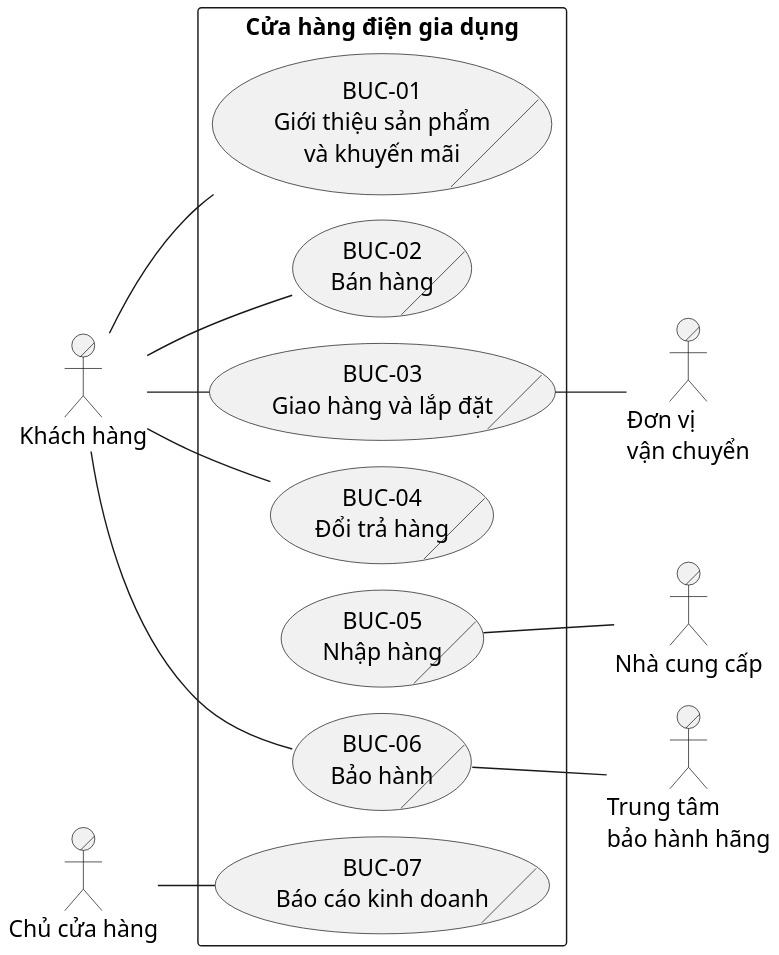
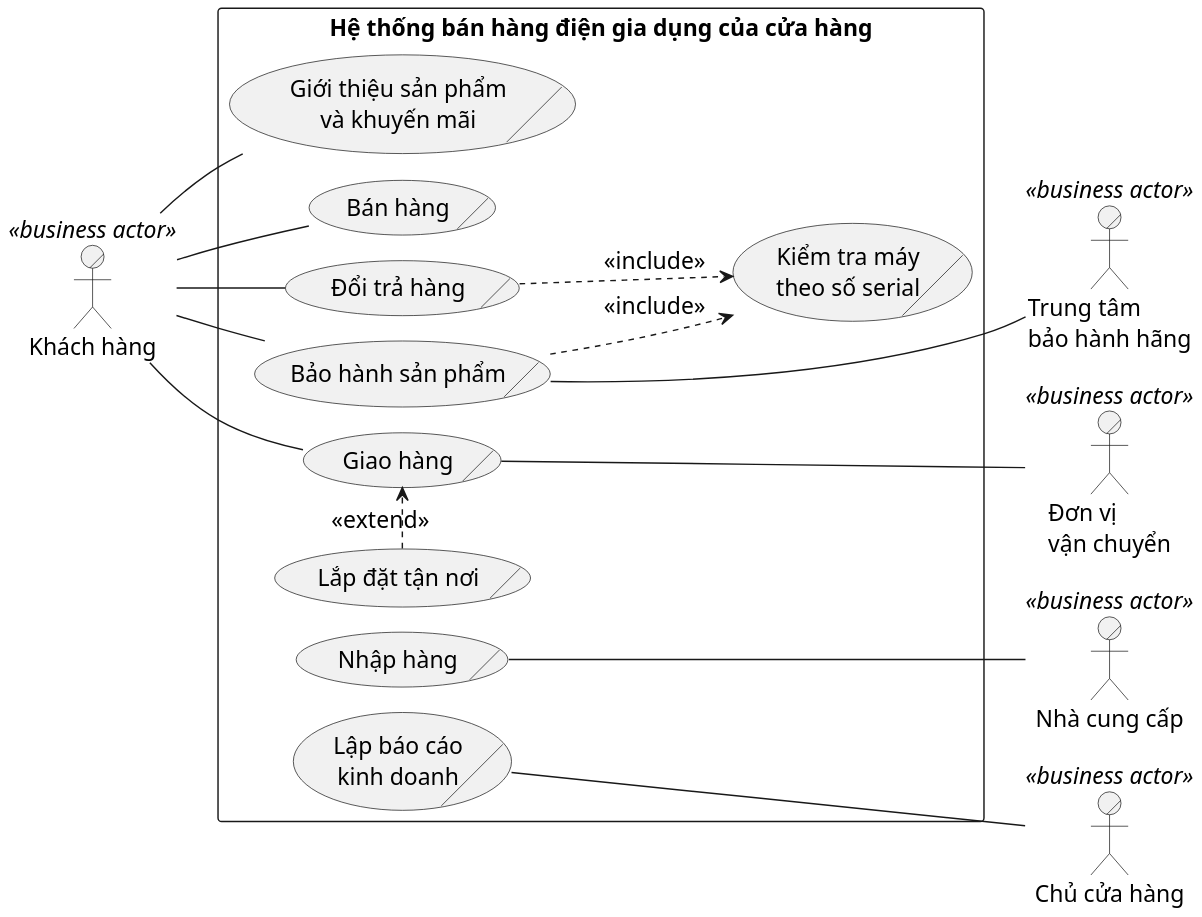
Before and after one commit to kietpham2309pt-debug/da_pttkhttt: the diagram in phan-tich/chung/so-do/uc-nghiep-vu-tong.puml, drawn with PlantUML. The commit also changed 19 other files, not shown here.

```diff
--- a/phan-tich/chung/so-do/uc-nghiep-vu-tong.puml
+++ b/phan-tich/chung/so-do/uc-nghiep-vu-tong.puml
@@ -1,35 +1,42 @@
 @startuml uc-nghiep-vu-tong
 !pragma layout smetana
 skinparam defaultFontName "Times New Roman"
 skinparam defaultFontSize 16
 skinparam monochrome true
 skinparam shadowing false
 skinparam dpi 170
+skinparam stereotypeFontSize 14
 left to right direction
 
-actor/ "Khách hàng" as KH
-actor/ "Nhà cung cấp" as NCC
-actor/ "Đơn vị\nvận chuyển" as VC
-actor/ "Trung tâm\nbảo hành hãng" as TTBH
-actor/ "Chủ cửa hàng" as CCH
+actor/ "Khách hàng" as KH <<business actor>>
+actor/ "Đơn vị\nvận chuyển" as VC <<business actor>>
+actor/ "Nhà cung cấp" as NCC <<business actor>>
+actor/ "Trung tâm\nbảo hành hãng" as TTBH <<business actor>>
+actor/ "Chủ cửa hàng" as CCH <<business actor>>
 
-rectangle "Cửa hàng điện gia dụng" {
-  usecase/ "BUC-01\nGiới thiệu sản phẩm\nvà khuyến mãi" as B1
-  usecase/ "BUC-02\nBán hàng" as B2
-  usecase/ "BUC-03\nGiao hàng và lắp đặt" as B3
-  usecase/ "BUC-04\nĐổi trả hàng" as B4
-  usecase/ "BUC-05\nNhập hàng" as B5
-  usecase/ "BUC-06\nBảo hành" as B6
-  usecase/ "BUC-07\nBáo cáo kinh doanh" as B7
+rectangle "Hệ thống bán hàng điện gia dụng của cửa hàng" {
+  usecase/ "Giới thiệu sản phẩm\nvà khuyến mãi" as B1
+  usecase/ "Bán hàng" as B2
+  usecase/ "Giao hàng" as B3
+  usecase/ "Lắp đặt tận nơi" as B8
+  usecase/ "Đổi trả hàng" as B4
+  usecase/ "Bảo hành sản phẩm" as B6
+  usecase/ "Kiểm tra máy\ntheo số serial" as B9
+  usecase/ "Nhập hàng" as B5
+  usecase/ "Lập báo cáo\nkinh doanh" as B7
 }
 
 KH -- B1
 KH -- B2
 KH -- B3
 KH -- B4
 KH -- B6
-B3 -- VC
-B5 -- NCC
-B6 -- TTBH
-CCH -- B7
+B3 --- VC
+B6 --- TTBH
+B5 --- NCC
+B7 --- CCH
+
+B8 .> B3 : <<extend>>
+B4 ..> B9 : <<include>>
+B6 ..> B9 : <<include>>
 @enduml
```
